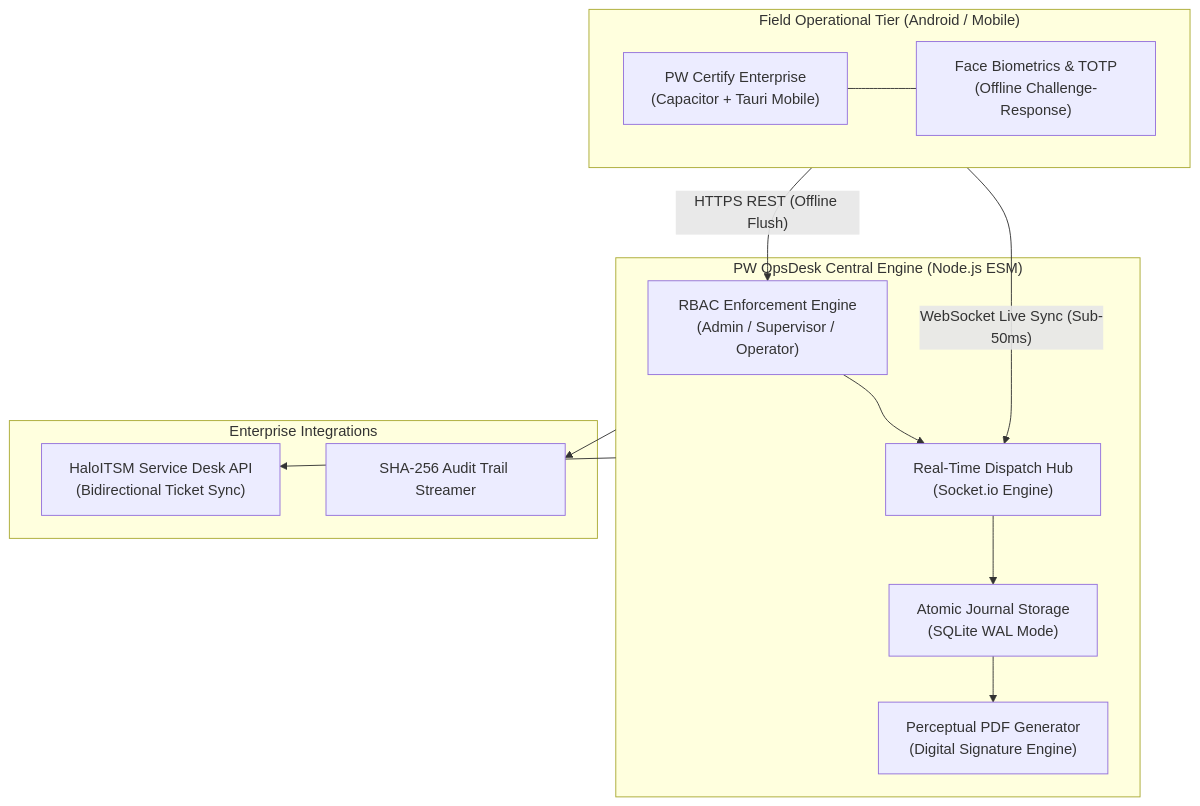
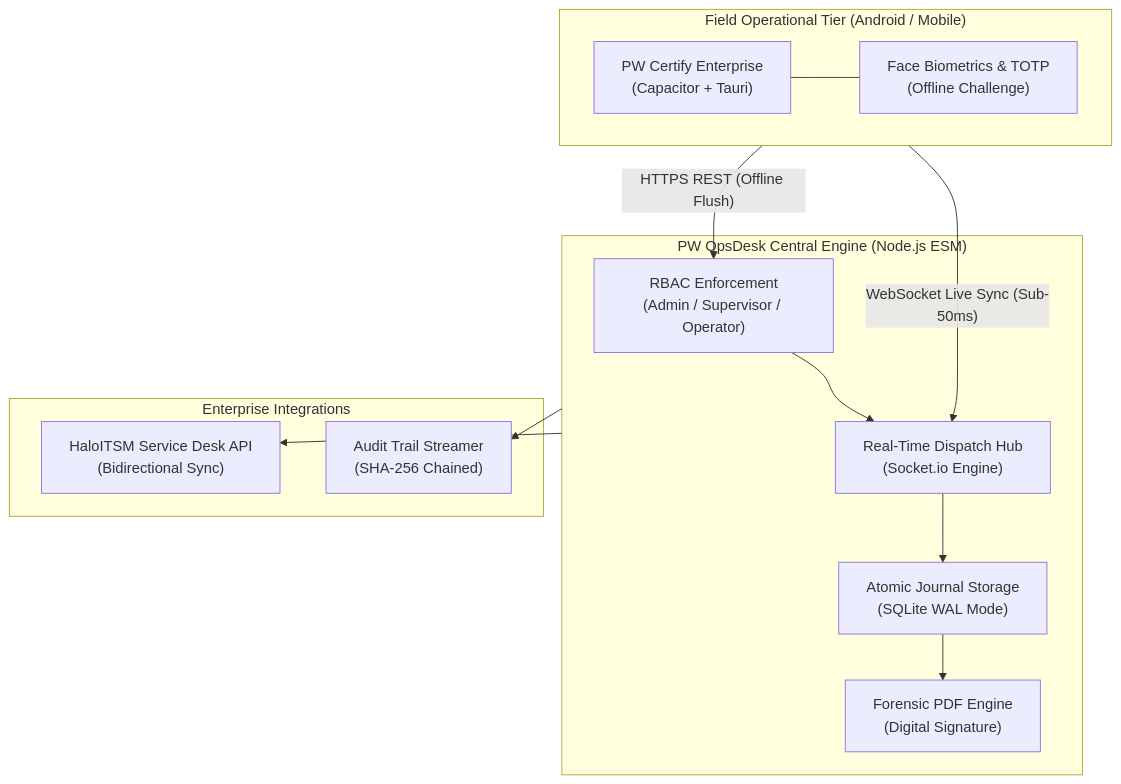
Before and after one commit to welzim19-star/pw-opsdesk-showcase: the diagram in README.md, drawn with Mermaid. The commit also changed 1 other file, not shown here.

Commit message:
fix(diagram): format node labels with br and optimize label widths to eliminate text clipping

````diff
--- a/README.md
+++ b/README.md
@@ -23,29 +23,29 @@
 ```mermaid
 flowchart TD
     subgraph FIELD_CLIENTS["Field Operational Tier (Android / Mobile)"]
-        Inspector["PW Certify Enterprise<br/>(Capacitor + Tauri Mobile)"]
-        Biometrics["Face Biometrics & TOTP<br/>(Offline Challenge-Response)"]
+        Inspector["PW Certify Enterprise<br/>(Capacitor + Tauri)"]
+        Biometrics["Face Biometrics & TOTP<br/>(Offline Challenge)"]
         Inspector --- Biometrics
     end
 
     subgraph CORE_SERVER["PW OpsDesk Central Engine (Node.js ESM)"]
-        Auth["RBAC Enforcement Engine<br/>(Admin / Supervisor / Operator)"]
+        Auth["RBAC Enforcement<br/>(Admin / Supervisor / Operator)"]
         SocketHub["Real-Time Dispatch Hub<br/>(Socket.io Engine)"]
         Storage["Atomic Journal Storage<br/>(SQLite WAL Mode)"]
-        PDF["Perceptual PDF Generator<br/>(Digital Signature Engine)"]
+        PDF["Forensic PDF Engine<br/>(Digital Signature)"]
         
         Auth --> SocketHub
         SocketHub --> Storage
         Storage --> PDF
     end
 
     subgraph EXTERNAL["Enterprise Integrations"]
-        HaloITSM["HaloITSM Service Desk API<br/>(Bidirectional Ticket Sync)"]
-        AuditStream["SHA-256 Audit Trail Streamer"]
+        HaloITSM["HaloITSM Service Desk API<br/>(Bidirectional Sync)"]
+        AuditStream["Audit Trail Streamer<br/>(SHA-256 Chained)"]
     end
 
     FIELD_CLIENTS -- "WebSocket Live Sync (Sub-50ms)" --> SocketHub
     FIELD_CLIENTS -- "HTTPS REST (Offline Flush)" --> Auth
     CORE_SERVER --> HaloITSM
     CORE_SERVER --> AuditStream
 ```
````
